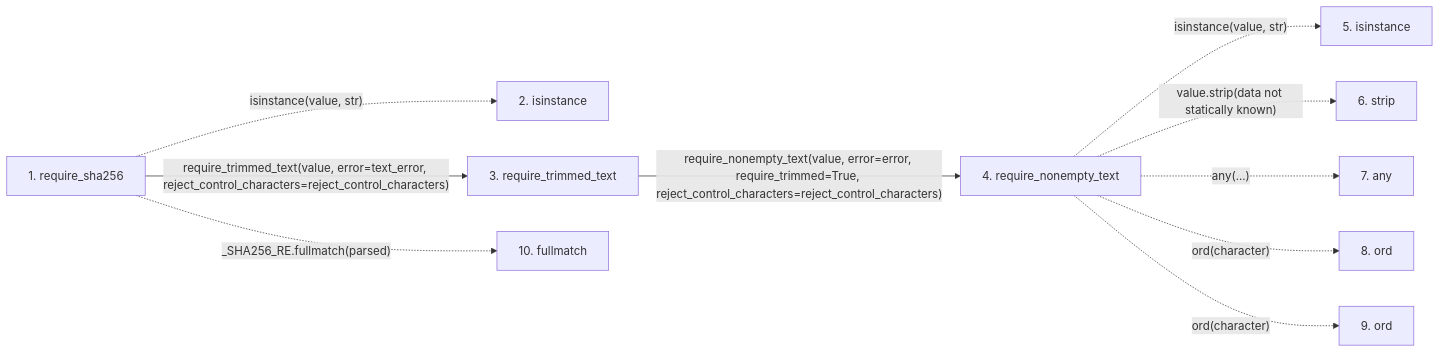
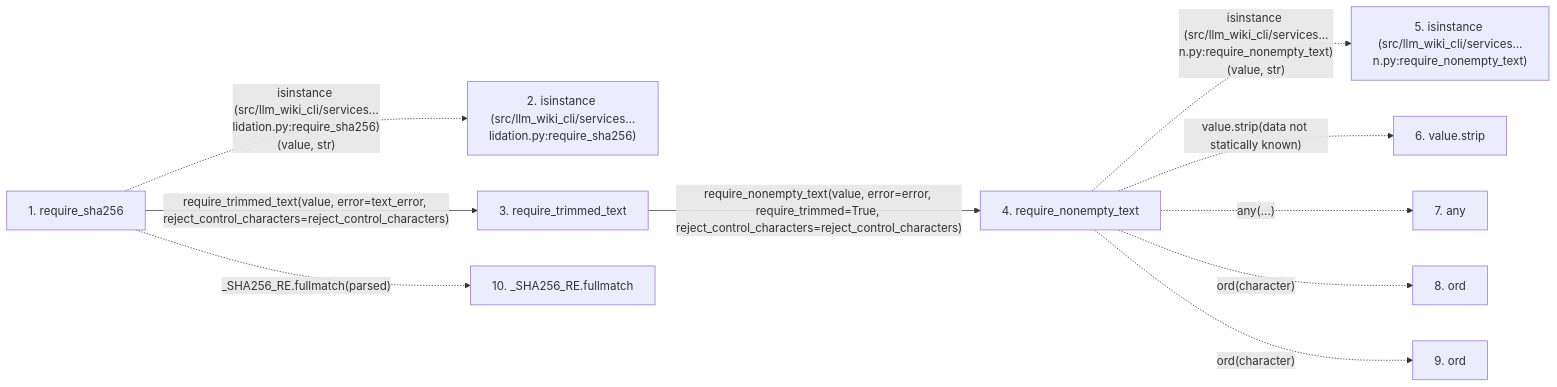
Before and after one commit to Denissvgn/python-wiki-llm: the second of 2 diagrams in docs/llm_wiki/flows/api-require_sha256.md, drawn with Mermaid. The commit also changed other lines of this file and 719 other files, not shown here.

````diff
--- a/docs/llm_wiki/flows/api-require_sha256.md
+++ b/docs/llm_wiki/flows/api-require_sha256.md
@@ -34,25 +35,25 @@
 ```mermaid
 flowchart LR
     s1["1. require_sha256"]
-    s2["2. isinstance"]
+    s2["2. isinstance (src/llm_wiki_cli/services…lidation.py:require_sha256)"]
     s3["3. require_trimmed_text"]
     s4["4. require_nonempty_text"]
-    s5["5. isinstance"]
-    s6["6. strip"]
+    s5["5. isinstance (src/llm_wiki_cli/services…n.py:require_nonempty_text)"]
+    s6["6. value.strip"]
     s7["7. any"]
     s8["8. ord"]
     s9["9. ord"]
-    s10["10. fullmatch"]
-    s1 -. "isinstance(value, str)" .-> s2
+    s10["10. _SHA256_RE.fullmatch"]
+    s1 -. "isinstance (src/llm_wiki_cli/services…lidation.py:require_sha256)(value, str)" .-> s2
     s1 -->|"require_trimmed_text(value, error=text_error, reject_control_characters=reject_control_characters)"| s3
     s3 -->|"require_nonempty_text(value, error=error, require_trimmed=True, reject_control_characters=reject_control_characters)"| s4
-    s4 -. "isinstance(value, str)" .-> s5
+    s4 -. "isinstance (src/llm_wiki_cli/services…n.py:require_nonempty_text)(value, str)" .-> s5
     s4 -. "value.strip(data not statically known)" .-> s6
     s4 -. "any(...)" .-> s7
     s4 -. "ord(character)" .-> s8
     s4 -. "ord(character)" .-> s9
     s1 -. "_SHA256_RE.fullmatch(parsed)" .-> s10
     click s1 "../modules/validation.md"
     click s3 "../modules/validation.md"
     click s4 "../modules/validation.md"
 ```
````
